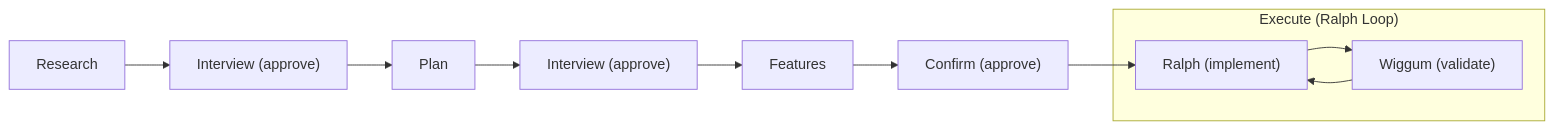
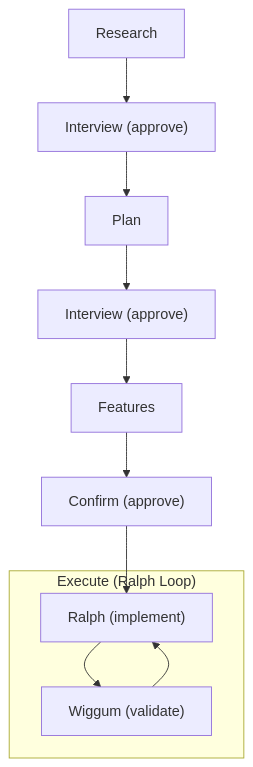
Before and after one commit to lleewwiiss/opencode-globex: the diagram in README.md, drawn with Mermaid. The commit also changed other lines of this file, not shown here.

Commit message:
docs: refine README references and flow

````diff
--- a/README.md
+++ b/README.md
@@ -73,8 +78,13 @@
 ```mermaid
-flowchart LR
-  Research["Research"] --> ResearchInterview["Interview (approve)"] --> Plan["Plan"] --> PlanInterview["Interview (approve)"] --> Features["Features"] --> Confirm["Confirm (approve)"] --> Ralph
+flowchart TD
+  Research["Research"] --> ResearchInterview["Interview (approve)"]
+  ResearchInterview --> Plan["Plan"]
+  Plan --> PlanInterview["Interview (approve)"]
+  PlanInterview --> Features["Features"]
+  Features --> Confirm["Confirm (approve)"]
+  Confirm --> Ralph
 
   subgraph Execute["Execute (Ralph Loop)"]
     Ralph["Ralph (implement)"] --> Wiggum["Wiggum (validate)"] --> Ralph
   end
 ```
````
